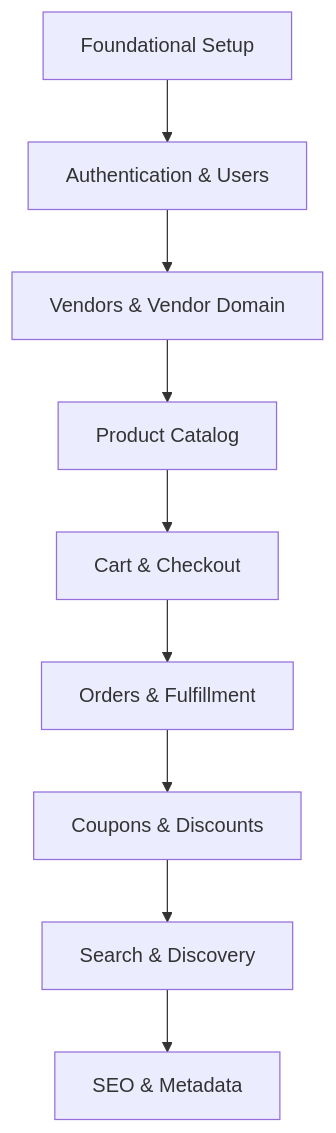
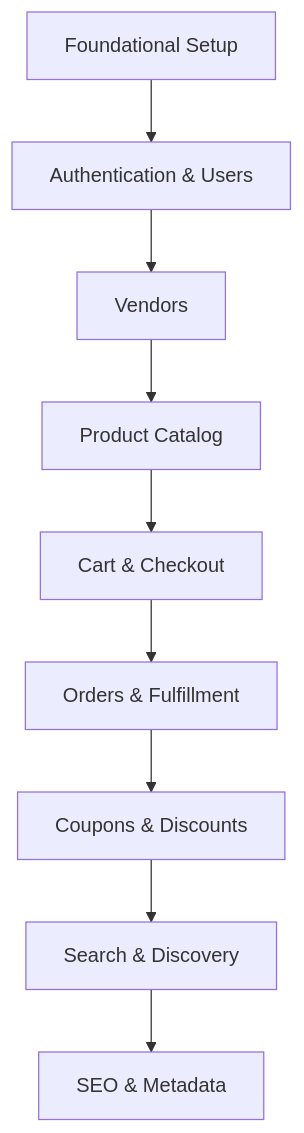
Before and after one commit to vaam-store/vaam-eat-aio: the diagram in IMPLEMENTATION_ROADMAP.md, drawn with Mermaid. The commit also changed other lines of this file and 13 other files, not shown here.

````diff
--- a/IMPLEMENTATION_ROADMAP.md
+++ b/IMPLEMENTATION_ROADMAP.md
@@ -15,13 +40,13 @@
 ```mermaid
 flowchart TD
     A[Foundational Setup]
     B[Authentication & Users]
-    C[Vendors & Vendor Domain]
+    C[Vendors]
     D[Product Catalog]
     E[Cart & Checkout]
     F[Orders & Fulfillment]
     G[Coupons & Discounts]
     H[Search & Discovery]
     I[SEO & Metadata]
     A --> B --> C --> D --> E --> F --> G --> H --> I
 ```
````
